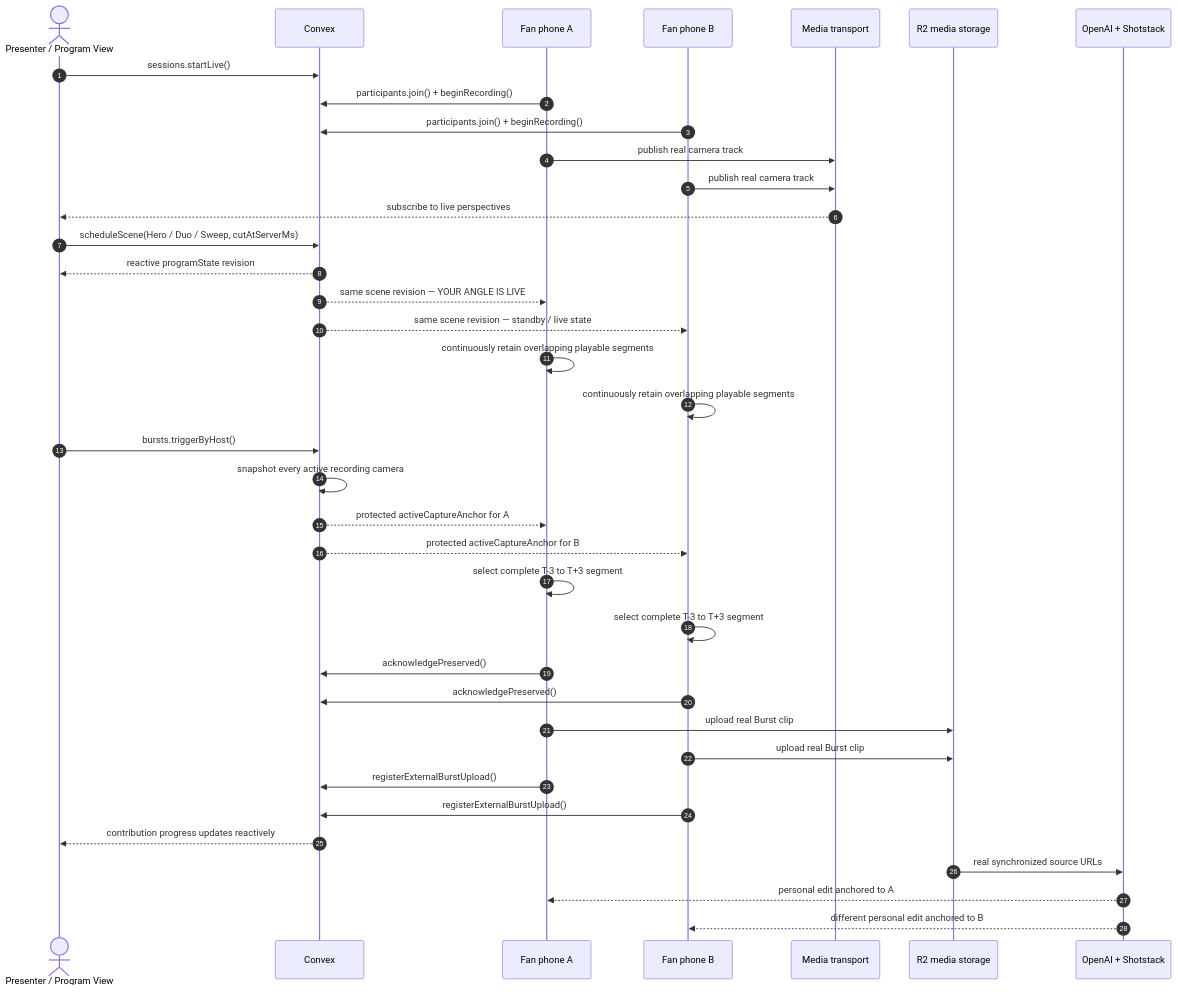
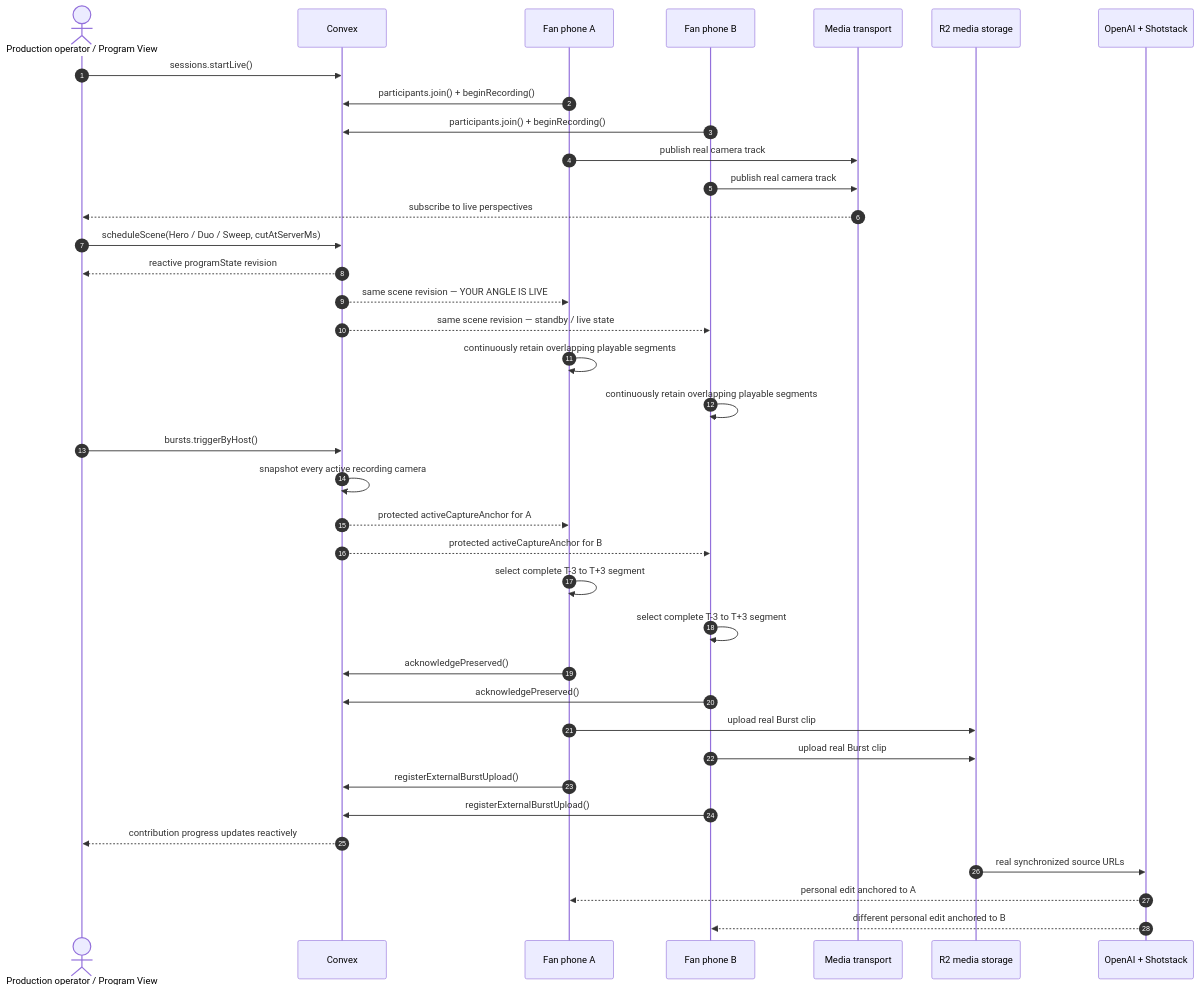
The third of 3 diagrams in README.md (ElijahUmana/ManyVue), drawn with Mermaid before and after one commit. The commit also changed other lines of this file, not shown here.

Commit message:
Reframe README as production documentation

````diff
--- a/README.md
+++ b/README.md
@@ -254,43 +252,43 @@
 ```mermaid
 sequenceDiagram
   autonumber
-  actor Host as Presenter / Program View
+  actor Host as Production operator / Program View
   participant C as Convex
   participant A as Fan phone A
   participant B as Fan phone B
   participant M as Media transport
   participant R as R2 media storage
   participant AI as OpenAI + Shotstack
 
   Host->>C: sessions.startLive()
   A->>C: participants.join() + beginRecording()
   B->>C: participants.join() + beginRecording()
   A->>M: publish real camera track
   B->>M: publish real camera track
   M-->>Host: subscribe to live perspectives
 
   Host->>C: scheduleScene(Hero / Duo / Sweep, cutAtServerMs)
   C-->>Host: reactive programState revision
   C-->>A: same scene revision — YOUR ANGLE IS LIVE
   C-->>B: same scene revision — standby / live state
 
   A->>A: continuously retain overlapping playable segments
   B->>B: continuously retain overlapping playable segments
   Host->>C: bursts.triggerByHost()
   C->>C: snapshot every active recording camera
   C-->>A: protected activeCaptureAnchor for A
   C-->>B: protected activeCaptureAnchor for B
   A->>A: select complete T-3 to T+3 segment
   B->>B: select complete T-3 to T+3 segment
   A->>C: acknowledgePreserved()
   B->>C: acknowledgePreserved()
   A->>R: upload real Burst clip
   B->>R: upload real Burst clip
   A->>C: registerExternalBurstUpload()
   B->>C: registerExternalBurstUpload()
   C-->>Host: contribution progress updates reactively
 
   R->>AI: real synchronized source URLs
   AI-->>A: personal edit anchored to A
   AI-->>B: different personal edit anchored to B
 ```
````
